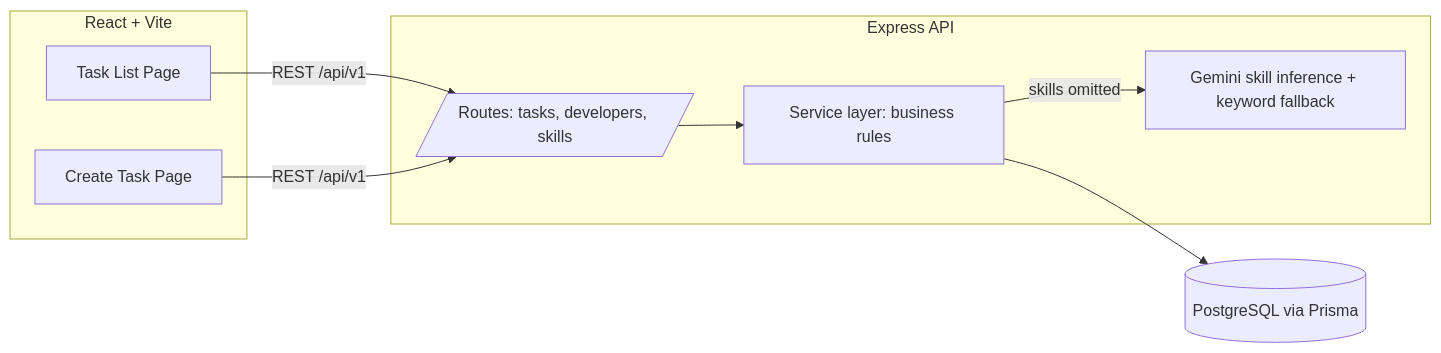
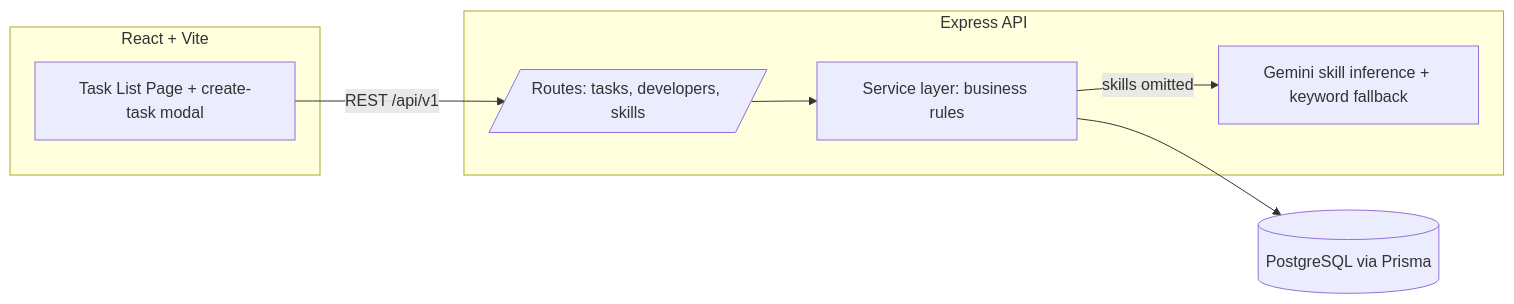
Before and after one commit to registaz/xdigi: the diagram in README.md, drawn with Mermaid. The commit also changed other lines of this file, not shown here.

````diff
--- a/README.md
+++ b/README.md
@@ -31,21 +31,19 @@
 ```mermaid
 flowchart LR
   subgraph Frontend [React + Vite]
-    TaskList[Task List Page]
-    CreateTask[Create Task Page]
+    TaskList[Task List Page + create-task modal]
   end
 
   subgraph Backend [Express API]
     Routes[/Routes: tasks, developers, skills/]
     Services[Service layer: business rules]
     LLM[Gemini skill inference + keyword fallback]
   end
 
   DB[(PostgreSQL via Prisma)]
 
   TaskList -->|REST /api/v1| Routes
-  CreateTask -->|REST /api/v1| Routes
   Routes --> Services
   Services --> DB
   Services -->|skills omitted| LLM
 ```
````
